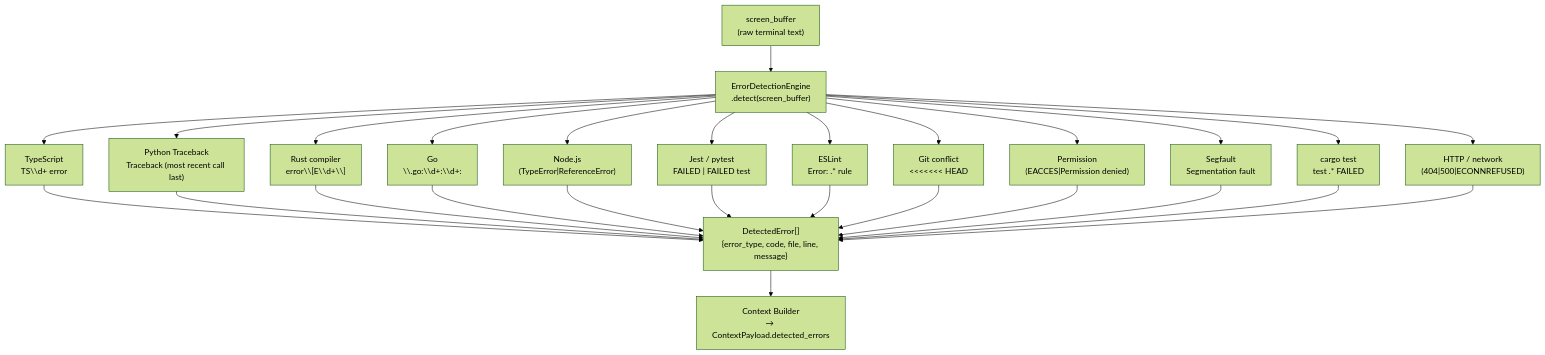
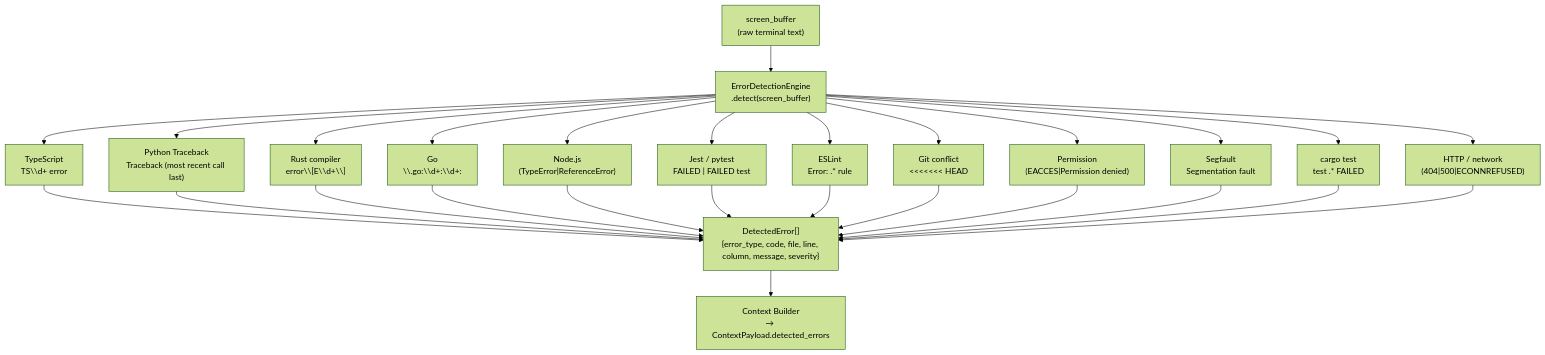
The fifth of 9 diagrams in docs/system_design.md (VinnyBabuManjaly/PromptShell), drawn with Mermaid (forest theme) before and after one commit. The commit also changed other lines of this file and 4 other files, not shown here.

Commit message:
Add comprehensive documentation: README, system design, demo script, and updated architecture docs

````diff
--- a/docs/system_design.md
+++ b/docs/system_design.md
@@ -218,24 +202,24 @@
 ```mermaid
 flowchart TD
-    BUF["screen_buffer\n(raw terminal text)"]
+    BUF["screen_buffer<br/>(raw terminal text)"]
 
-    BUF --> EDE["ErrorDetectionEngine\n.detect(screen_buffer)"]
+    BUF --> EDE["ErrorDetectionEngine<br/>.detect(screen_buffer)"]
 
-    EDE --> R1["TypeScript\nTS\\d+ error"]
-    EDE --> R2["Python Traceback\nTraceback (most recent call last)"]
-    EDE --> R3["Rust compiler\nerror\\[E\\d+\\]"]
-    EDE --> R4["Go\n\\.go:\\d+:\\d+:"]
-    EDE --> R5["Node.js\n(TypeError|ReferenceError)"]
-    EDE --> R6["Jest / pytest\nFAILED | FAILED test"]
-    EDE --> R7["ESLint\nError: .* rule"]
-    EDE --> R8["Git conflict\n<<<<<<< HEAD"]
-    EDE --> R9["Permission\n(EACCES|Permission denied)"]
-    EDE --> R10["Segfault\nSegmentation fault"]
-    EDE --> R11["cargo test\ntest .* FAILED"]
-    EDE --> R12["HTTP / network\n(404|500|ECONNREFUSED)"]
+    EDE --> R1["TypeScript<br/>TS\\d+ error"]
+    EDE --> R2["Python Traceback<br/>Traceback (most recent call last)"]
+    EDE --> R3["Rust compiler<br/>error\\[E\\d+\\]"]
+    EDE --> R4["Go<br/>\\.go:\\d+:\\d+:"]
+    EDE --> R5["Node.js<br/>(TypeError|ReferenceError)"]
+    EDE --> R6["Jest / pytest<br/>FAILED | FAILED test"]
+    EDE --> R7["ESLint<br/>Error: .* rule"]
+    EDE --> R8["Git conflict<br/><<<<<<< HEAD"]
+    EDE --> R9["Permission<br/>(EACCES|Permission denied)"]
+    EDE --> R10["Segfault<br/>Segmentation fault"]
+    EDE --> R11["cargo test<br/>test .* FAILED"]
+    EDE --> R12["HTTP / network<br/>(404|500|ECONNREFUSED)"]
 
     R1 & R2 & R3 & R4 & R5 & R6 & R7 & R8 & R9 & R10 & R11 & R12 --> OUT
 
-    OUT["DetectedError[]\n{error_type, code, file, line, message}"]
-    OUT --> CB["Context Builder\n→ ContextPayload.detected_errors"]
+    OUT["DetectedError[]<br/>{error_type, code, file, line, column, message, severity}"]
+    OUT --> CB["Context Builder<br/>→ ContextPayload.detected_errors"]
 ```
````
